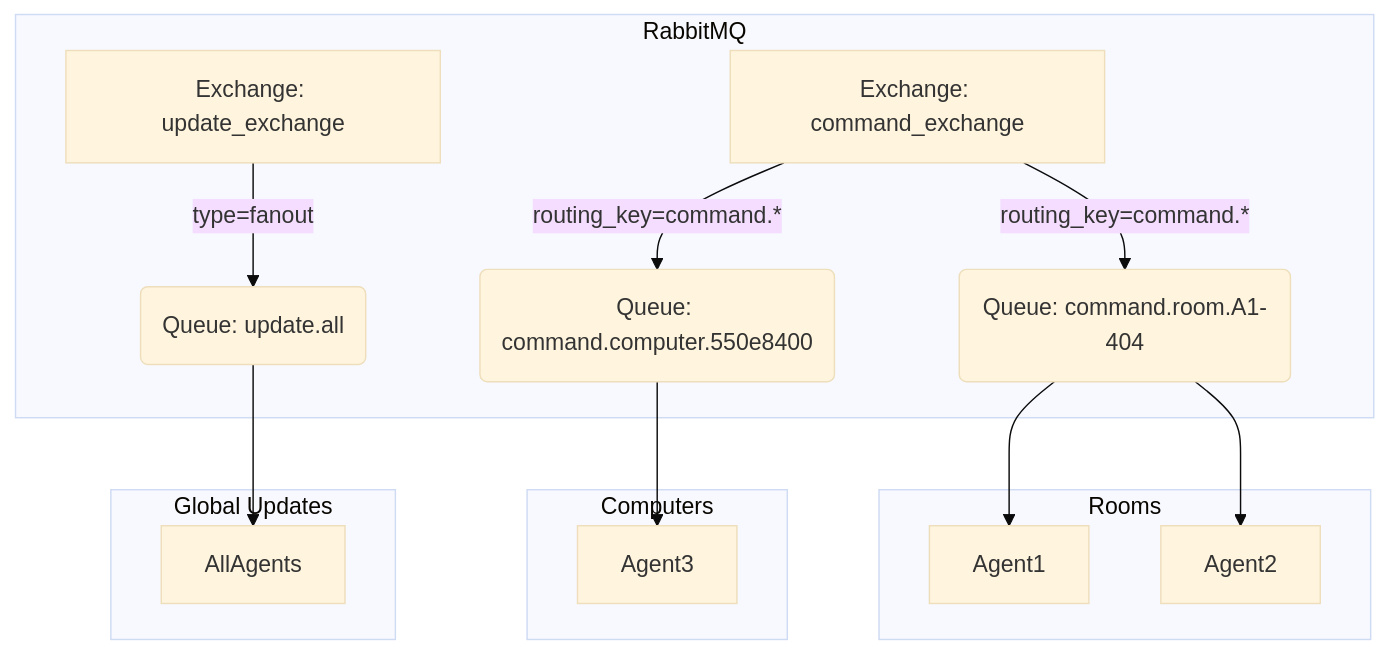
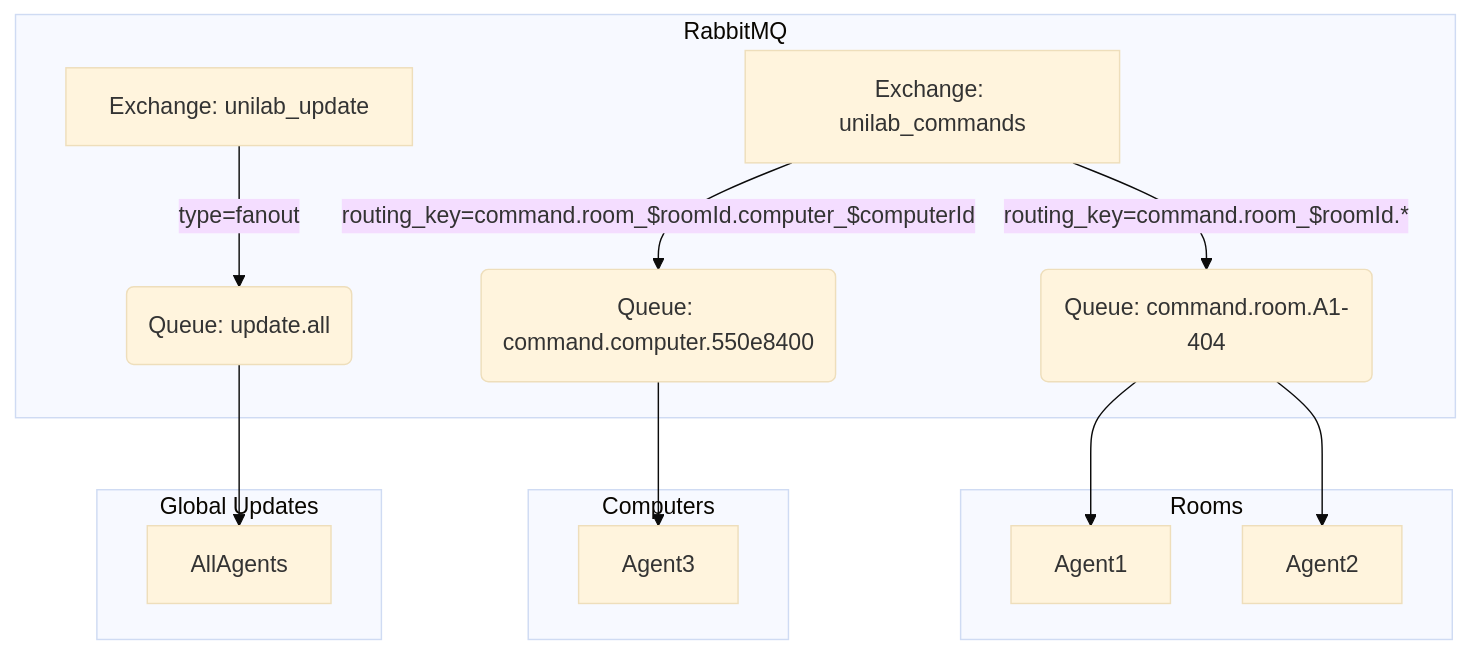
The first of 7 diagrams in README.md (yamada5131/unilab), drawn with Mermaid (base theme) before and after one commit.

Commit message:
docs: 📄 Update RabbitMQ exchange names and routing keys in README

````diff
--- a/README.md
+++ b/README.md
@@ -23,28 +23,28 @@
 ```mermaid
 
 graph TD
     subgraph RabbitMQ
-        EX_CMD[Exchange: command_exchange]
-        EX_UPDATE[Exchange: update_exchange]
+        EX_CMD[Exchange: unilab_commands]
+        EX_UPDATE[Exchange: unilab_update]
 
-        EX_CMD -->|routing_key=command.*| Q_CMD_ROOM
-        EX_CMD -->|routing_key=command.*| Q_CMD_COMPUTER
+        EX_CMD -->|routing_key=command.room_$roomId.*| Q_CMD_ROOM
+        EX_CMD -->|routing_key=command.room_$roomId.computer_$computerId| Q_CMD_COMPUTER
         EX_UPDATE -->|type=fanout| Q_UPDATE_ALL
     end
 
     subgraph Rooms
         Q_CMD_ROOM(Queue: command.room.A1-404)
         Q_CMD_ROOM --> Agent1
         Q_CMD_ROOM --> Agent2
     end
 
     subgraph Computers
         Q_CMD_COMPUTER(Queue: command.computer.550e8400)
         Q_CMD_COMPUTER --> Agent3
     end
 
     subgraph Global Updates
         Q_UPDATE_ALL(Queue: update.all)
         Q_UPDATE_ALL --> AllAgents
     end
 ```
````
